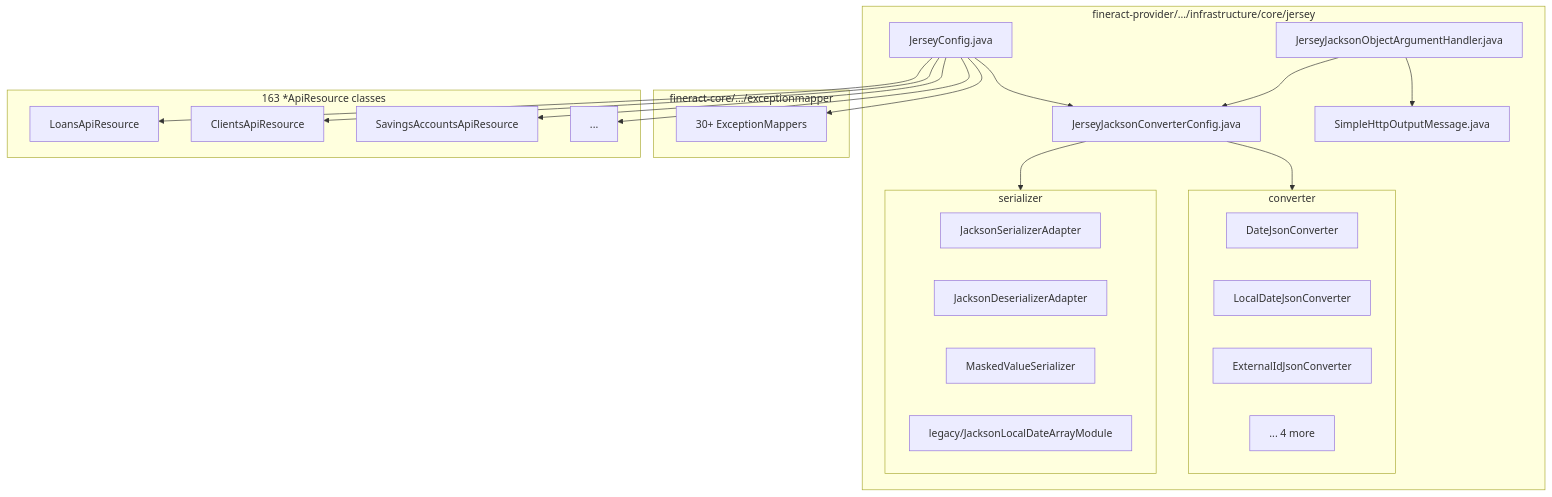
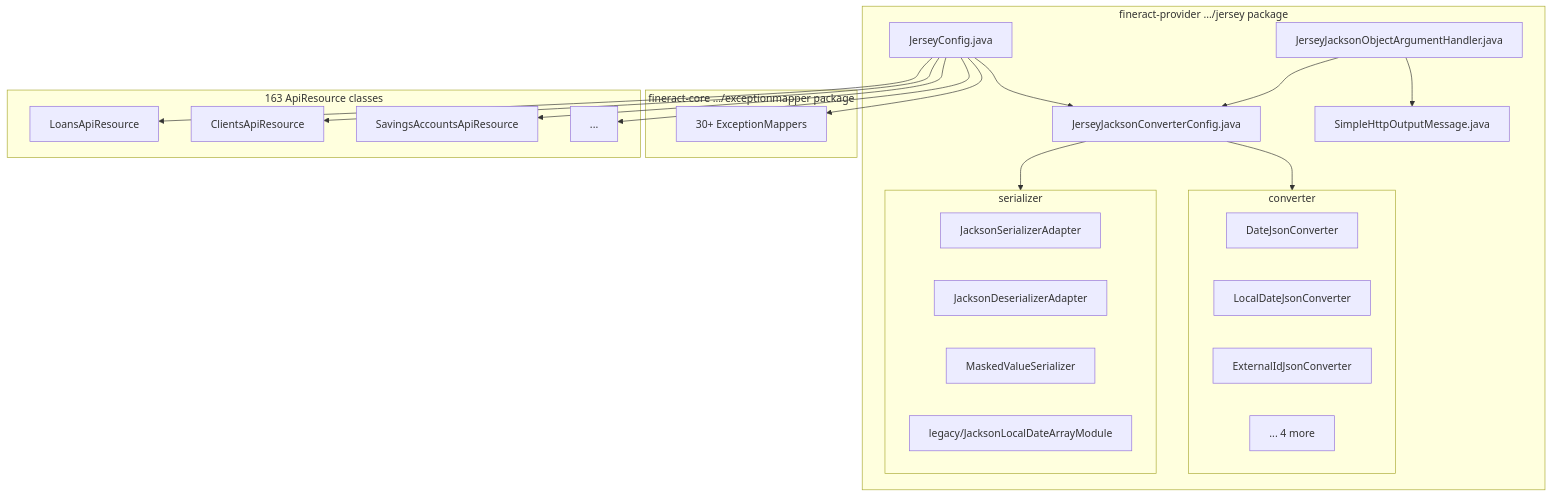
Before and after one commit to mintlify-atlas/docs-wiki-31b07890: the third of 3 diagrams in runtime/jersey-and-jax-rs.mdx, drawn with Mermaid. The commit also changed 115 other files, not shown here.

````diff
--- a/runtime/jersey-and-jax-rs.mdx
+++ b/runtime/jersey-and-jax-rs.mdx
@@ -401,40 +401,40 @@
 ```mermaid
 flowchart TB
-    subgraph fineract-provider/.../infrastructure/core/jersey
+    subgraph JerseyPkg["fineract-provider .../jersey package"]
       JC[JerseyConfig.java]
       JJC[JerseyJacksonConverterConfig.java]
       JJO[JerseyJacksonObjectArgumentHandler.java]
       SHO[SimpleHttpOutputMessage.java]
       subgraph converter
         DJ[DateJsonConverter]
         LDJ[LocalDateJsonConverter]
         EXT[ExternalIdJsonConverter]
         more1[... 4 more]
       end
       subgraph serializer
         JSA[JacksonSerializerAdapter]
         JDA[JacksonDeserializerAdapter]
         MVS[MaskedValueSerializer]
         leg[legacy/JacksonLocalDateArrayModule]
       end
     end
-    subgraph fineract-core/.../exceptionmapper
+    subgraph ExMap["fineract-core .../exceptionmapper package"]
       EM[30+ ExceptionMappers]
     end
-    subgraph 163 *ApiResource classes
+    subgraph Resources["163 ApiResource classes"]
       L[LoansApiResource]
       C[ClientsApiResource]
       S[SavingsAccountsApiResource]
       etc[...]
     end
     JC --> JJC
     JC --> EM
     JC --> L
     JC --> C
     JC --> S
     JC --> etc
     JJC --> converter
     JJC --> serializer
     JJO --> SHO
     JJO --> JJC
 ```
````
